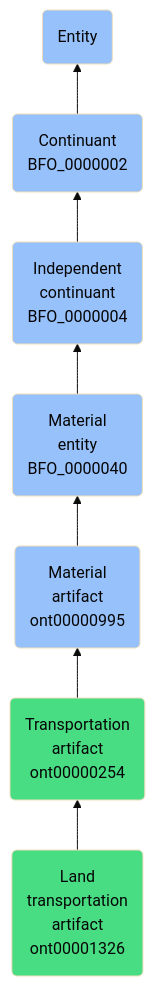
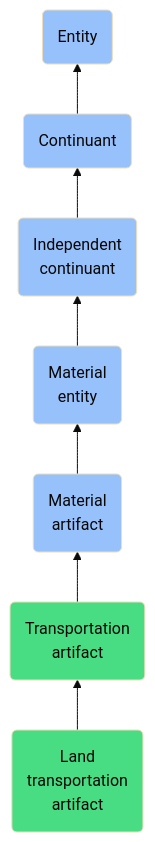
The diagram in docs/ontology/reference/model/Entity/Continuant/Independent continuant/Material entity/Material artifact/Transportation artifact/Land transportation artifact/Land transportation artifact.md (jupyter-naas/abi), drawn with Mermaid (base theme) before and after one commit. The commit also changed other lines of this file and 1430 other files, not shown here.

````diff
--- a/docs/ontology/reference/model/Entity/Continuant/Independent continuant/Material entity/Material artifact/Transportation artifact/Land transportation artifact/Land transportation artifact.md
+++ b/docs/ontology/reference/model/Entity/Continuant/Independent continuant/Material entity/Material artifact/Transportation artifact/Land transportation artifact/Land transportation artifact.md
@@ -24,14 +24,14 @@
 ```mermaid
 graph BT
-    ont00001326(Land<br>transportation<br>artifact<br>ont00001326):::ABI-->ont00000254
-    ont00000254(Transportation<br>artifact<br>ont00000254):::ABI-->ont00000995
-    ont00000995(Material<br>artifact<br>ont00000995):::BFO-->BFO_0000040
-    BFO_0000040(Material<br>entity<br>BFO_0000040):::BFO-->BFO_0000004
-    BFO_0000004(Independent<br>continuant<br>BFO_0000004):::BFO-->BFO_0000002
-    BFO_0000002(Continuant<br>BFO_0000002):::BFO-->BFO_0000001
+    ont00001326(Land<br>transportation<br>artifact):::ABI-->ont00000254
+    ont00000254(Transportation<br>artifact):::ABI-->ont00000995
+    ont00000995(Material<br>artifact):::BFO-->BFO_0000040
+    BFO_0000040(Material<br>entity):::BFO-->BFO_0000004
+    BFO_0000004(Independent<br>continuant):::BFO-->BFO_0000002
+    BFO_0000002(Continuant):::BFO-->BFO_0000001
     BFO_0000001(Entity):::BFO
     
     classDef BFO fill:#97c1fb,color:#060606
     classDef CCO fill:#e4c51e,color:#060606
     classDef ABI fill:#48DD82,color:#060606
 ```
````
